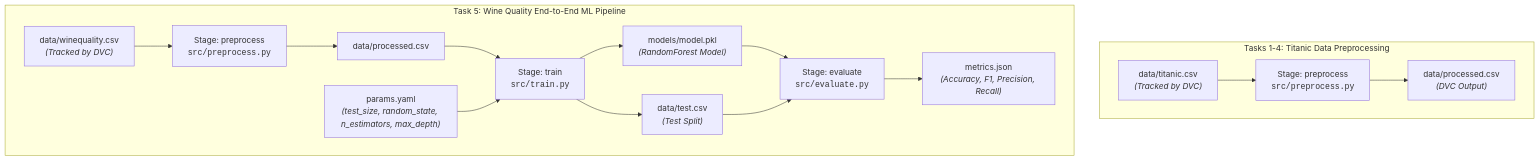
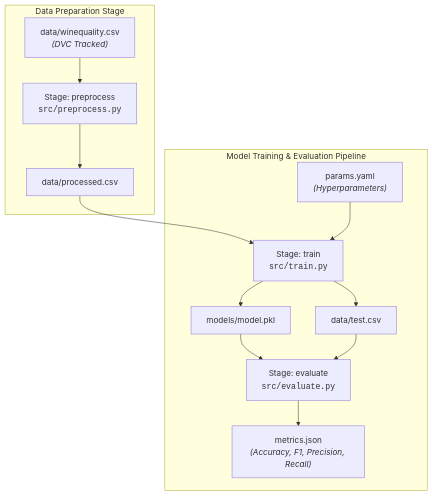
The diagram in README.md (vansharora156/dvc_practice_assessment), drawn with Mermaid before and after one commit. The commit also changed other lines of this file, not shown here.

````diff
--- a/README.md
+++ b/README.md
@@ -31,19 +33,17 @@
 ```mermaid
 flowchart TD
-    subgraph Tasks1_to_4["Tasks 1-4: Titanic Data Preprocessing"]
-        T_RAW["data/titanic.csv<br/><i>(Tracked by DVC)</i>"] --> P_TITANIC["Stage: preprocess<br/><code>src/preprocess.py</code>"]
-        P_TITANIC --> T_OUT["data/processed.csv<br/><i>(DVC Output)</i>"]
+    subgraph Data_Prep["Data Preparation Stage"]
+        RAW["data/winequality.csv<br/><i>(DVC Tracked)</i>"] --> STAGE_PRE["Stage: preprocess<br/><code>src/preprocess.py</code>"]
+        STAGE_PRE --> PROC["data/processed.csv"]
     end
 
-    subgraph Task5["Task 5: Wine Quality End-to-End ML Pipeline"]
-        W_RAW["data/winequality.csv<br/><i>(Tracked by DVC)</i>"] --> P_WINE["Stage: preprocess<br/><code>src/preprocess.py</code>"]
-        P_WINE --> W_PROC["data/processed.csv"]
-        W_PROC --> TRAIN["Stage: train<br/><code>src/train.py</code>"]
-        PARAMS["params.yaml<br/><i>(test_size, random_state, n_estimators, max_depth)</i>"] --> TRAIN
-        TRAIN --> MODEL["models/model.pkl<br/><i>(RandomForest Model)</i>"]
-        TRAIN --> W_TEST["data/test.csv<br/><i>(Test Split)</i>"]
-        MODEL --> EVAL["Stage: evaluate<br/><code>src/evaluate.py</code>"]
-        W_TEST --> EVAL
-        EVAL --> METRICS["metrics.json<br/><i>(Accuracy, F1, Precision, Recall)</i>"]
+    subgraph Model_Training["Model Training & Evaluation Pipeline"]
+        PROC --> STAGE_TRAIN["Stage: train<br/><code>src/train.py</code>"]
+        PARAMS["params.yaml<br/><i>(Hyperparameters)</i>"] --> STAGE_TRAIN
+        STAGE_TRAIN --> MODEL["models/model.pkl"]
+        STAGE_TRAIN --> TEST["data/test.csv"]
+        MODEL --> STAGE_EVAL["Stage: evaluate<br/><code>src/evaluate.py</code>"]
+        TEST --> STAGE_EVAL
+        STAGE_EVAL --> METRICS["metrics.json<br/><i>(Accuracy, F1, Precision, Recall)</i>"]
     end
 ```
````
